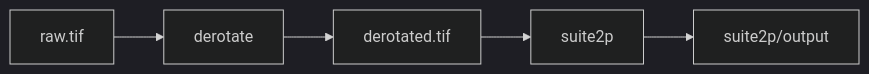
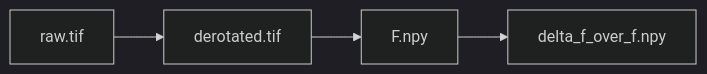
One commit to lauraporta/slides-photon-mosaic-01 changed the first of 4 diagrams in index.qmd. Above: the diagram before and after it, drawn with Mermaid (dark theme). The commit also changed other lines of this file, not shown here.

````diff
--- a/index.qmd
+++ b/index.qmd
@@ -105,7 +115,6 @@
 ```{mermaid}
 flowchart LR
-  raw["raw.tif"] --> derotate
-  derotate --> derotated["derotated.tif"]
-  derotated --> suite2p
-  suite2p --> suite2p_out["suite2p/output"]
+  raw["raw.tif"] --> derotated["derotated.tif"]
+  derotated --> suite2p_out["F.npy"]
+  suite2p_out --> postprocessed["delta_f_over_f.npy"]
 ```
````
